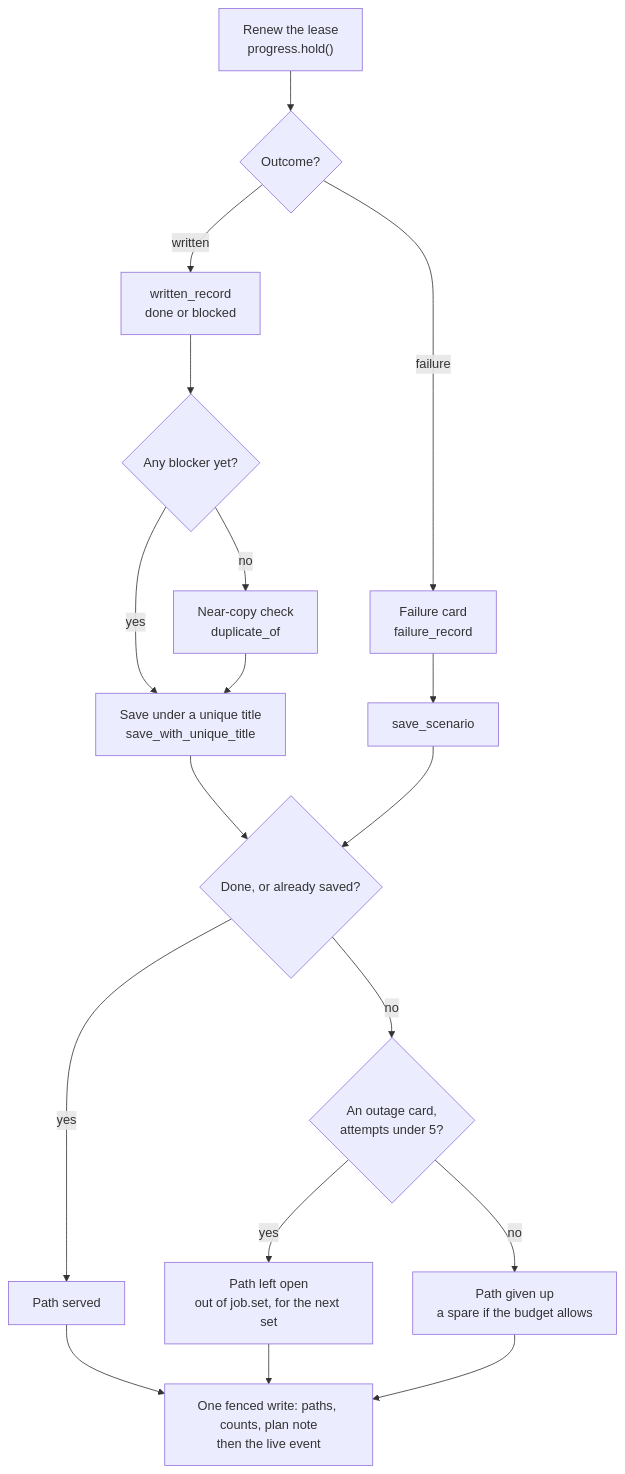
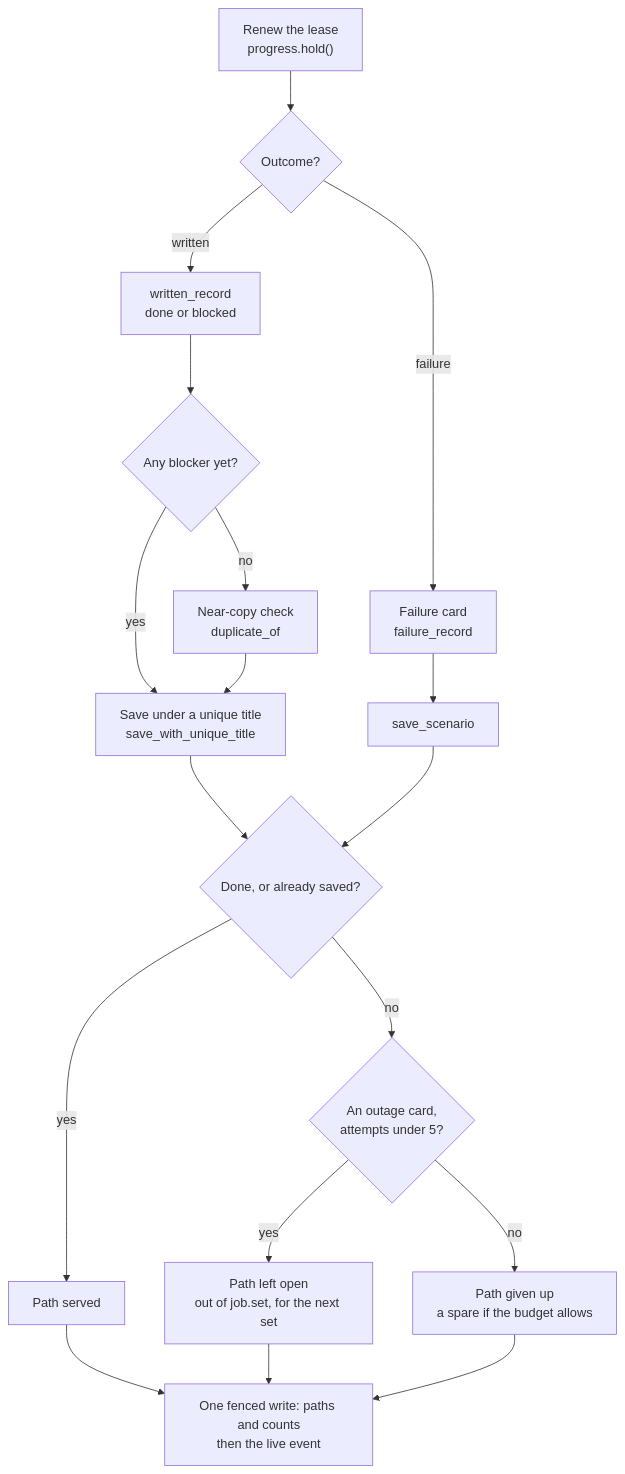
One commit to gopalchettri/cii changed the ninth of 13 diagrams in docs/TSG_END_TO_END_FLOW.md. Above: the diagram before and after it, drawn with Mermaid. The commit also changed other lines of this file and 77 other files, not shown here.

````diff
--- a/docs/TSG_END_TO_END_FLOW.md
+++ b/docs/TSG_END_TO_END_FLOW.md
@@ -2871,20 +2857,20 @@
 ```mermaid
 flowchart TB
     H["Renew the lease<br/>progress.hold()"] --> K{"Outcome?"}
     K -- failure --> FC["Failure card<br/>failure_record"]
     K -- written --> WR["written_record<br/>done or blocked"]
     WR --> NC{"Any blocker yet?"}
     NC -- no --> DUP["Near-copy check<br/>duplicate_of"]
     NC -- yes --> T["Save under a unique title<br/>save_with_unique_title"]
     DUP --> T
     FC --> SV["save_scenario"]
     T --> D{"Done, or already saved?"}
     SV --> D
     D -- yes --> SERVED["Path served"]
     D -- no --> O{"An outage card,<br/>attempts under 5?"}
     O -- yes --> NS["Path left open<br/>out of job.set, for the next set"]
     O -- no --> AB["Path given up<br/>a spare if the budget allows"]
-    SERVED --> FW["One fenced write: paths, counts, plan note<br/>then the live event"]
+    SERVED --> FW["One fenced write: paths and counts<br/>then the live event"]
     NS --> FW
     AB --> FW
 ```
````
